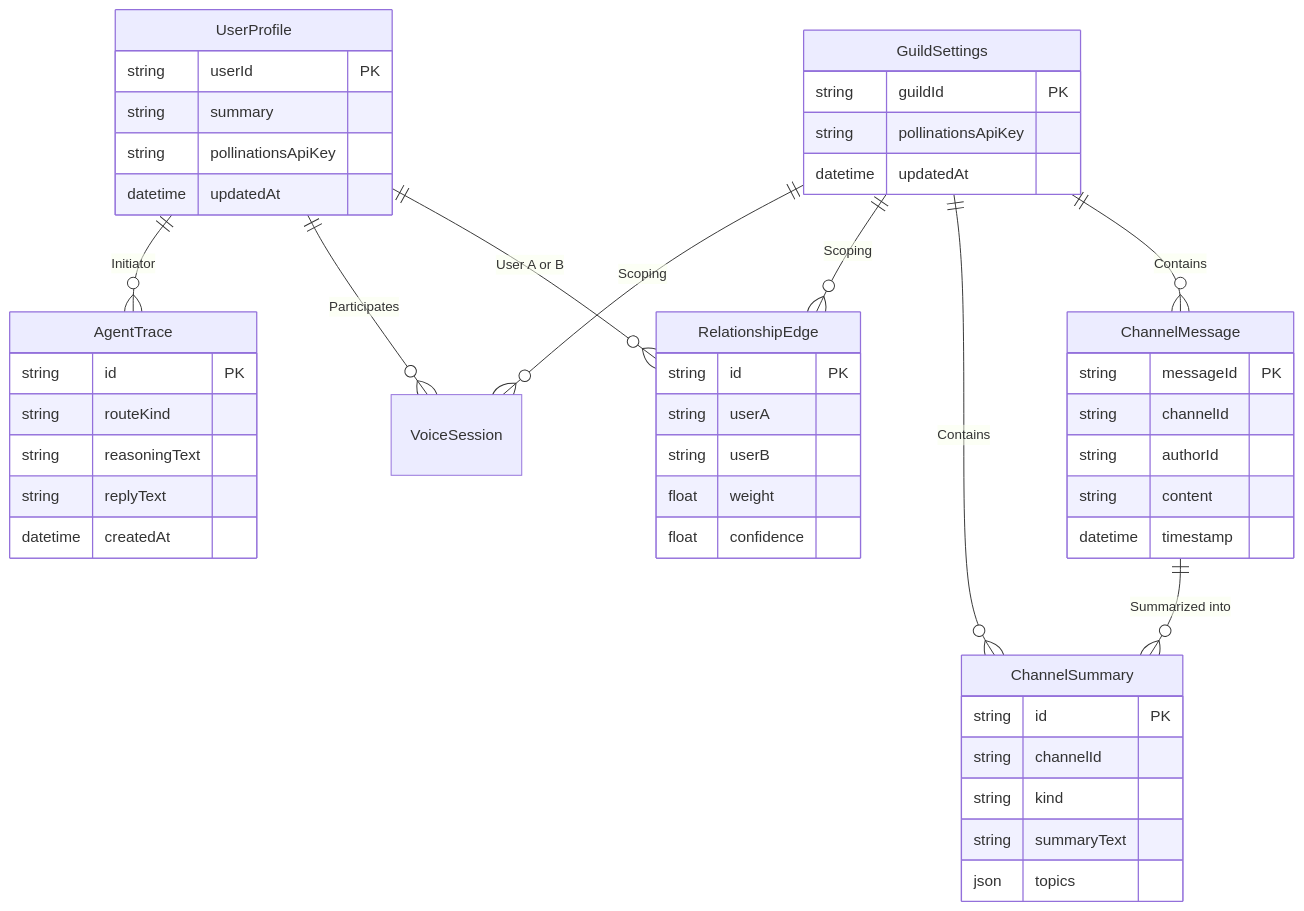
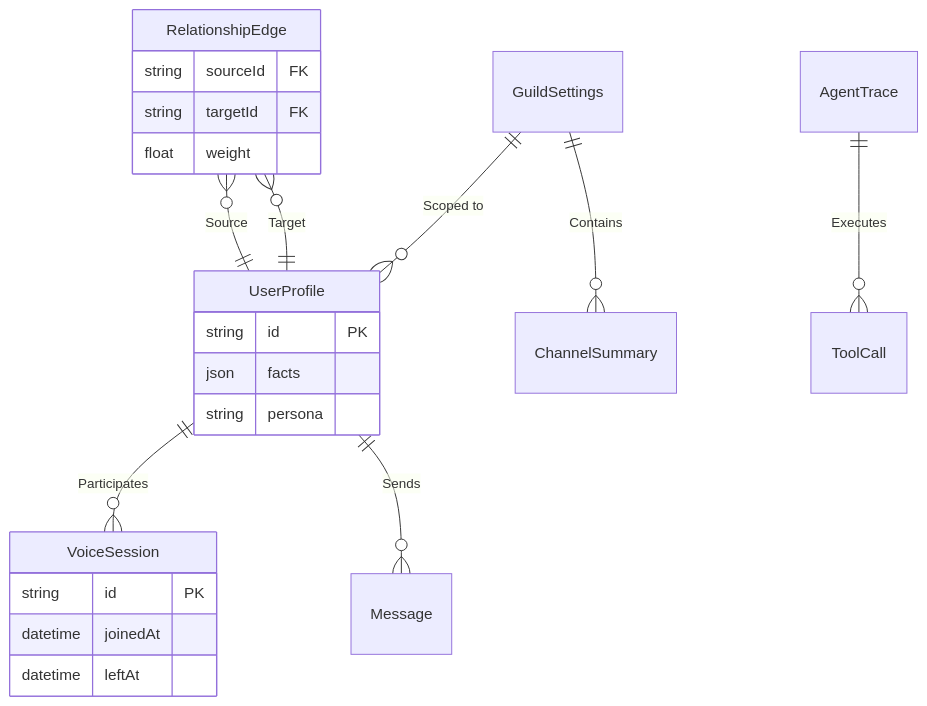
One commit to BokX1/Sage changed the diagram in docs/architecture/database.md. Above: the diagram before and after it, drawn with Mermaid. The commit also changed 10 other files, not shown here.

````diff
--- a/docs/architecture/database.md
+++ b/docs/architecture/database.md
@@ -7,58 +7,32 @@
 ```mermaid
 erDiagram
-    UserProfile ||--o{ RelationshipEdge : "User A or B"
-    UserProfile ||--o{ VoiceSession : "Participates"
-    UserProfile ||--o{ AgentTrace : "Initiator"
+    %% Entities
+    UserProfile {
+        string id PK
+        json facts
+        string persona
+    }
     
-    GuildSettings ||--o{ ChannelMessage : "Contains"
-    GuildSettings ||--o{ ChannelSummary : "Contains"
-    GuildSettings ||--o{ RelationshipEdge : "Scoping"
-    GuildSettings ||--o{ VoiceSession : "Scoping"
+    VoiceSession {
+        string id PK
+        datetime joinedAt
+        datetime leftAt
+    }
     
-    ChannelMessage ||--o{ ChannelSummary : "Summarized into"
-    
-    UserProfile {
-        string userId PK
-        string summary
-        string pollinationsApiKey
-        datetime updatedAt
+    RelationshipEdge {
+        string sourceId FK
+        string targetId FK
+        float weight
     }
 
-    GuildSettings {
-        string guildId PK
-        string pollinationsApiKey
-        datetime updatedAt
-    }
-
-    ChannelMessage {
-        string messageId PK
-        string channelId
-        string authorId
-        string content
-        datetime timestamp
-    }
-
-    ChannelSummary {
-        string id PK
-        string channelId
-        string kind
-        string summaryText
-        json topics
-    }
-
-    RelationshipEdge {
-        string id PK
-        string userA
-        string userB
-        float weight
-        float confidence
-    }
-
-    AgentTrace {
-        string id PK
-        string routeKind
-        string reasoningText
-        string replyText
-        datetime createdAt
-    }
+    UserProfile ||--o{ VoiceSession : "Participates"
+    UserProfile ||--o{ Message : "Sends"
+    
+    GuildSettings ||--o{ UserProfile : "Scoped to"
+    GuildSettings ||--o{ ChannelSummary : "Contains"
+    
+    RelationshipEdge }o--|| UserProfile : "Source"
+    RelationshipEdge }o--|| UserProfile : "Target"
+    
+    AgentTrace ||--o{ ToolCall : "Executes"
 ```
````
